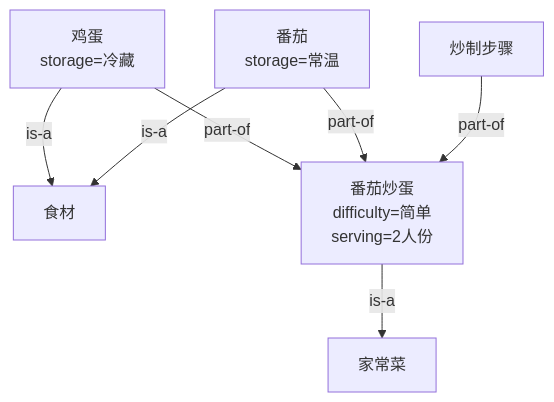
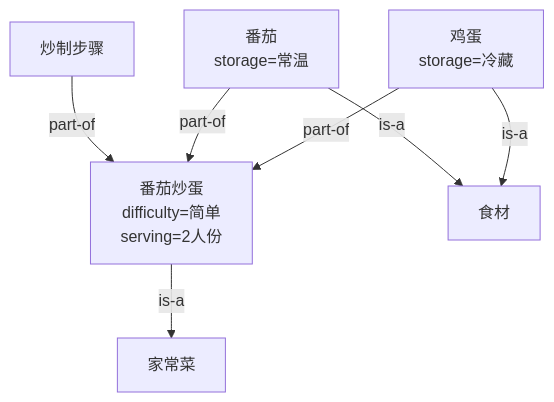
The diagram in samples/business-kg-js-demo/generated/mermaid/recipe-knowledge-dlist-overview.mmd (MichengLiang/asciidoc-abundant-tree), drawn with Mermaid before and after one commit. The commit also changed other lines of this file and 87 other files, not shown here.

```diff
--- a/samples/business-kg-js-demo/generated/mermaid/recipe-knowledge-dlist-overview.mmd
+++ b/samples/business-kg-js-demo/generated/mermaid/recipe-knowledge-dlist-overview.mmd
@@ -1,14 +1,14 @@
 graph TD
   %% 家庭食材与菜谱知识库：组成层级 + 描述列表字段：overview
+  N5["家常菜"]
+  N1["炒制步骤"]
+  N2["番茄\nstorage=常温"]
+  N3["番茄炒蛋\ndifficulty=简单\nserving=2人份"]
+  N6["食材"]
   N4["鸡蛋\nstorage=冷藏"]
-  N2["番茄\nstorage=常温"]
-  N1["炒制步骤"]
-  N6["食材"]
-  N5["家常菜"]
-  N3["番茄炒蛋\ndifficulty=简单\nserving=2人份"]
   N1 -->|part-of| N3
   N2 -->|is-a| N6
   N2 -->|part-of| N3
   N3 -->|is-a| N5
   N4 -->|is-a| N6
   N4 -->|part-of| N3
```
